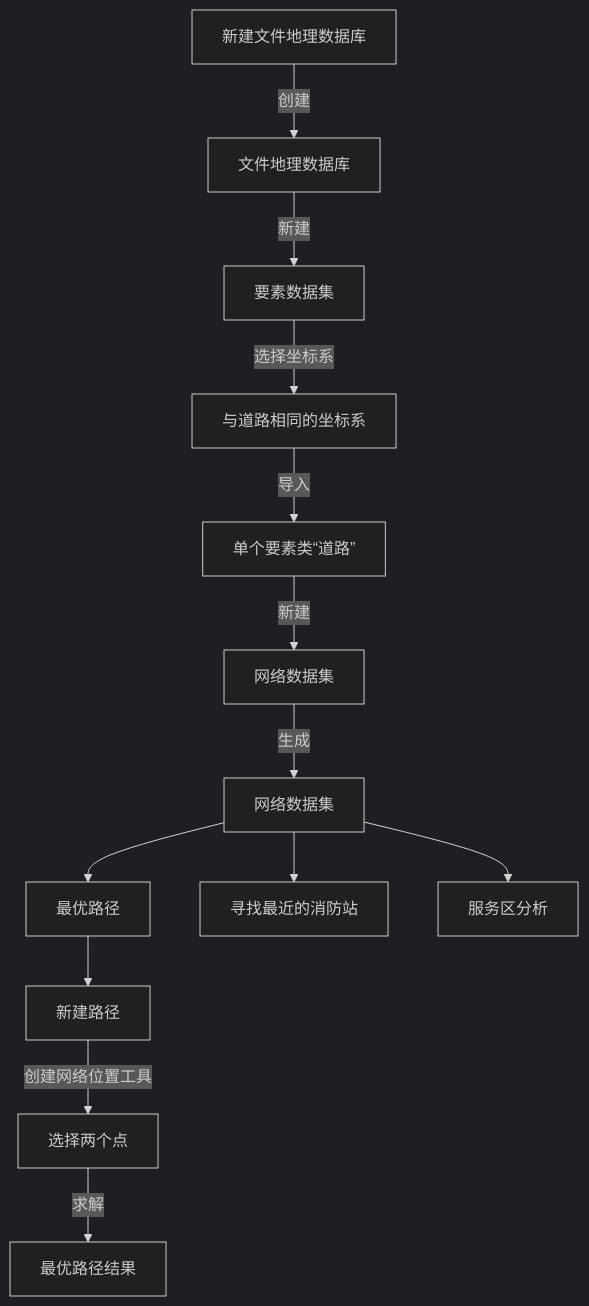
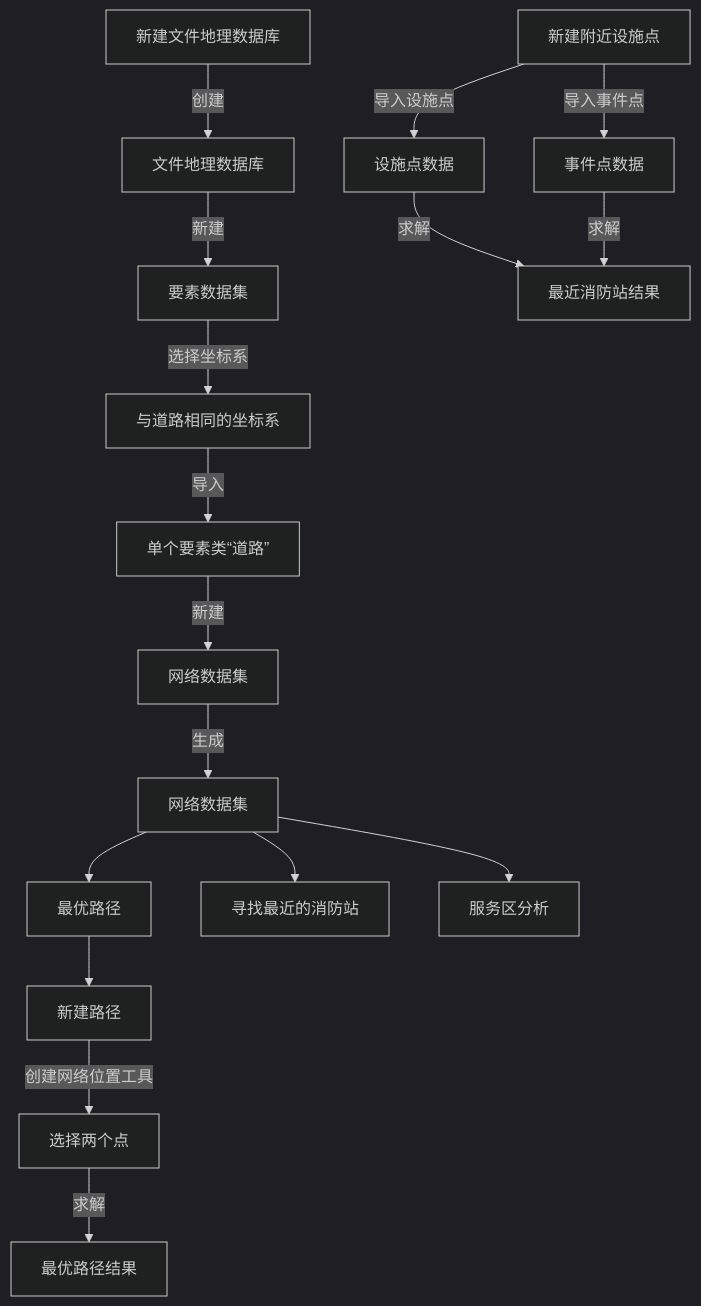
One commit to newguser/iodraw-files changed the diagram in all/未命名.md. Above: the diagram before and after it, drawn with Mermaid (dark theme).

Commit message:
2025-02-27 21:16:42 update

````diff
--- a/all/未命名.md
+++ b/all/未命名.md
@@ -1,16 +1,19 @@
 ```mermaid
 graph TD
     A[新建文件地理数据库] -->|创建| B[文件地理数据库]
     B -->|新建| C[要素数据集]
     C -->|选择坐标系| D[与道路相同的坐标系]
     D -->|导入| E[单个要素类“道路”]
     E -->|新建| F[网络数据集]
     F -->|生成| G[网络数据集]
     G[网络数据集] -->H[最优路径]
     G[网络数据集] -->I[寻找最近的消防站]
     G[网络数据集] -->J[服务区分析]
     H[最优路径]-->H1[新建路径]
     H1[新建路径] -->|创建网络位置工具| H2[选择两个点]
         H2 -->|求解| H3[最优路径结果]
-        
+    C1[新建附近设施点] -->|导入设施点| C2[设施点数据]
+        C1 -->|导入事件点| C3[事件点数据]
+        C2 -->|求解| C4[最近消防站结果]
+        C3 -->|求解| C4
 ```
````
